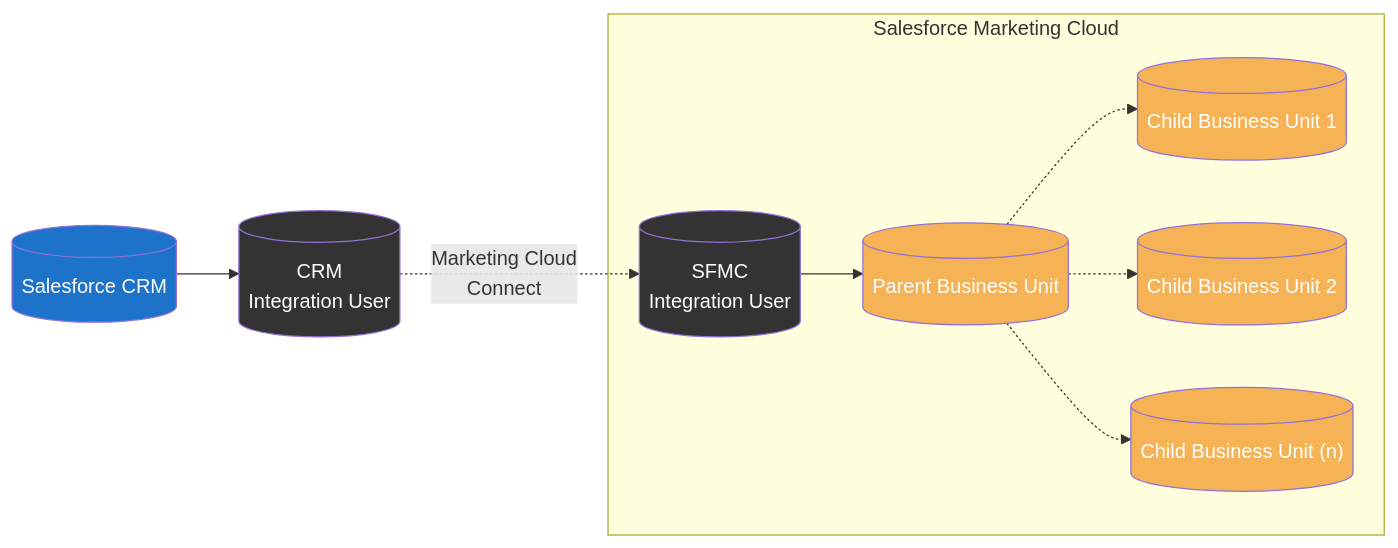
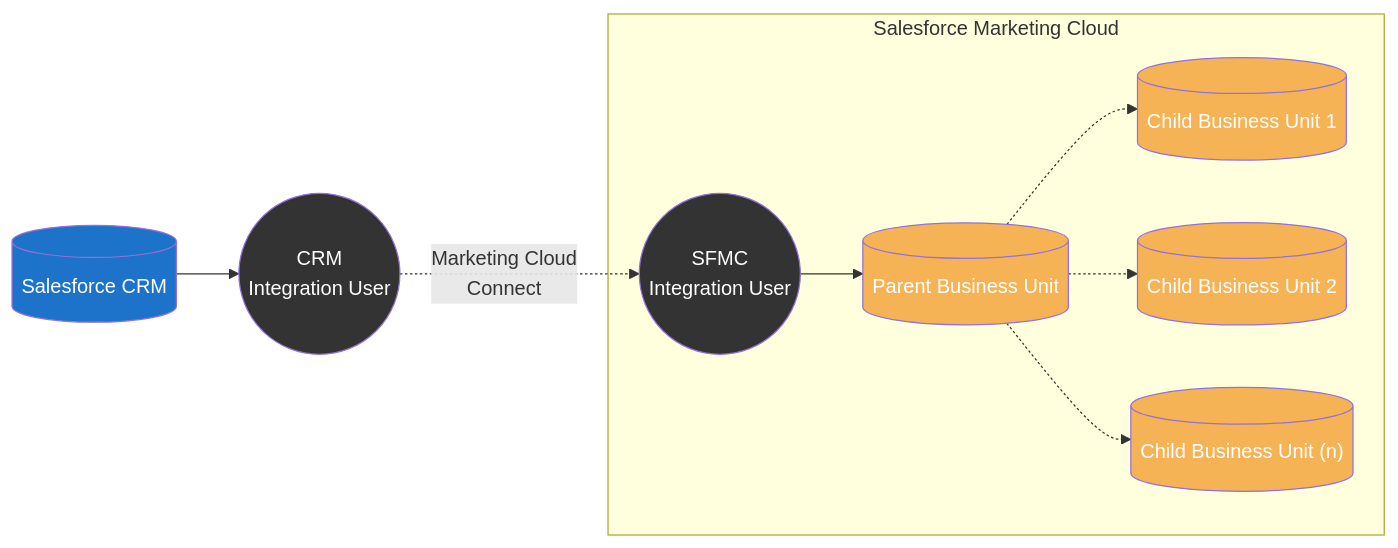
One commit to MateuszDabrowski/mateuszdabrowski.pl changed the second of 7 diagrams in docs/config/sfmc-mcc-integration-patterns.mdx. Above: the diagram before and after it, drawn with Mermaid. The commit also changed other lines of this file, not shown here.

Commit message:
Updated draft of MCC Patterns article

````diff
--- a/docs/config/sfmc-mcc-integration-patterns.mdx
+++ b/docs/config/sfmc-mcc-integration-patterns.mdx
@@ -97,23 +96,23 @@
 ```mermaid
 graph LR
  crm1[(Salesforce CRM)]:::sfdc
- crmIU[(CRM\nIntegration User)]:::mcc
- sfmcIU[(SFMC\nIntegration User)]:::mcc
+ crmIU((CRM\nIntegration User)):::mcc
+ sfmcIU((SFMC\nIntegration User)):::mcc
  sfmc1[(Parent Business Unit)]:::sfmc
  sfmcBU1[(Child Business Unit 1)]:::sfmc
  sfmcBU2[(Child Business Unit 2)]:::sfmc
  sfmcBUn[("Child Business Unit (n)")]:::sfmc
 
  crm1 --> crmIU
   crmIU -. Marketing Cloud\nConnect .-> sfmcIU
  subgraph sfmc [Salesforce Marketing Cloud]
     sfmcIU --> sfmc1
     sfmc1 -.-> sfmcBU1
     sfmc1 -.-> sfmcBU2
     sfmc1 -.-> sfmcBUn
  end
 
  classDef sfdc fill:#1d73c9,color:#ffffff
  classDef sfmc fill:#f6b355,color:#ffffff
  classDef mcc fill:#333333,color:#ffffff
 ```
````
